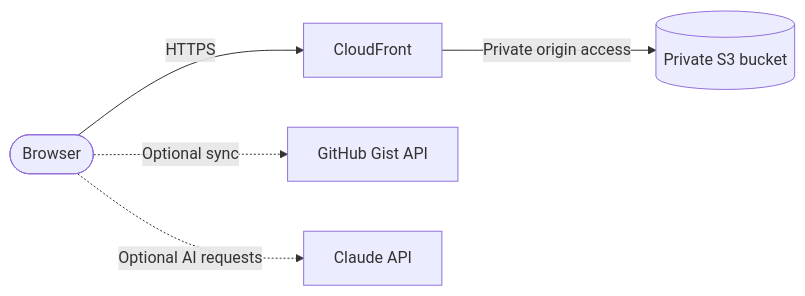
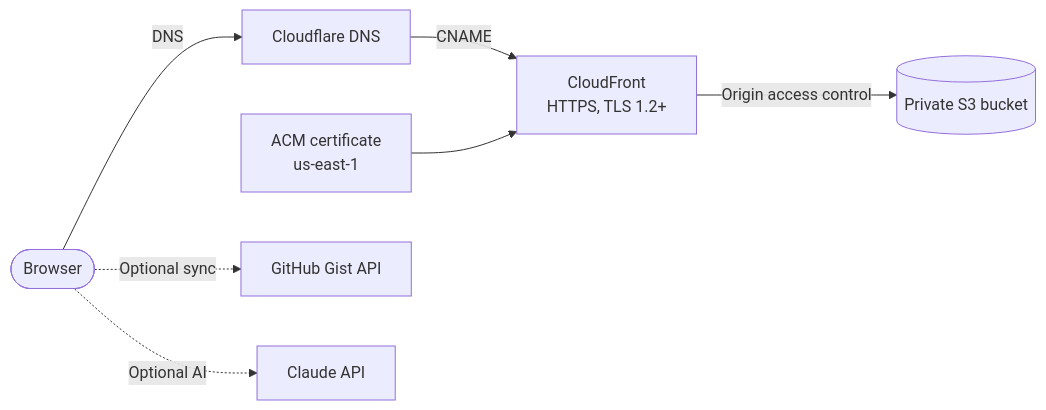
One commit to JessamyH/jh-taskops changed the first of 2 diagrams in README.md. Above: the diagram before and after it, drawn with Mermaid. The commit also changed other lines of this file and 1 other file, not shown here.

````diff
--- a/README.md
+++ b/README.md
@@ -21,7 +19,9 @@
 ```mermaid
 flowchart LR
-    User([Browser]) -->|HTTPS| CF[CloudFront]
-    CF -->|Private origin access| S3[(Private S3 bucket)]
+    User([Browser]) -->|DNS| CFDNS[Cloudflare DNS]
+    CFDNS -->|CNAME| CF[CloudFront<br/>HTTPS, TLS 1.2+]
+    ACM[ACM certificate<br/>us-east-1] --> CF
+    CF -->|Origin access control| S3[(Private S3 bucket)]
     User -.->|Optional sync| GH[GitHub Gist API]
-    User -.->|Optional AI requests| AI[Claude API]
+    User -.->|Optional AI| AI[Claude API]
 ```
````
